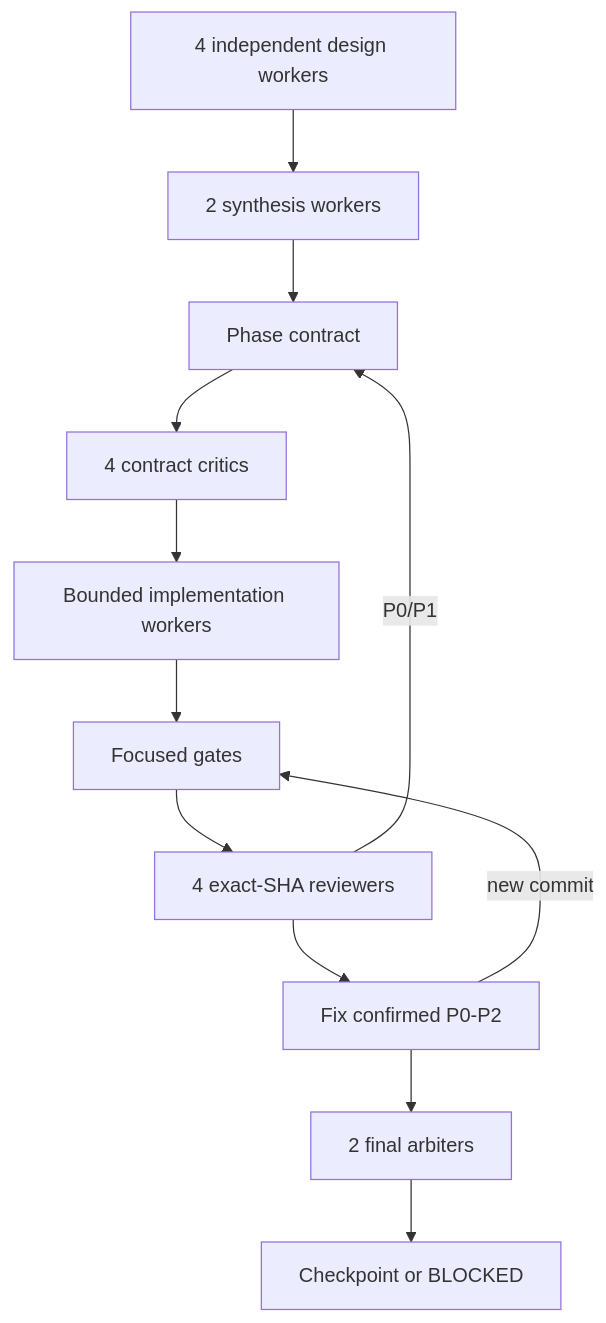
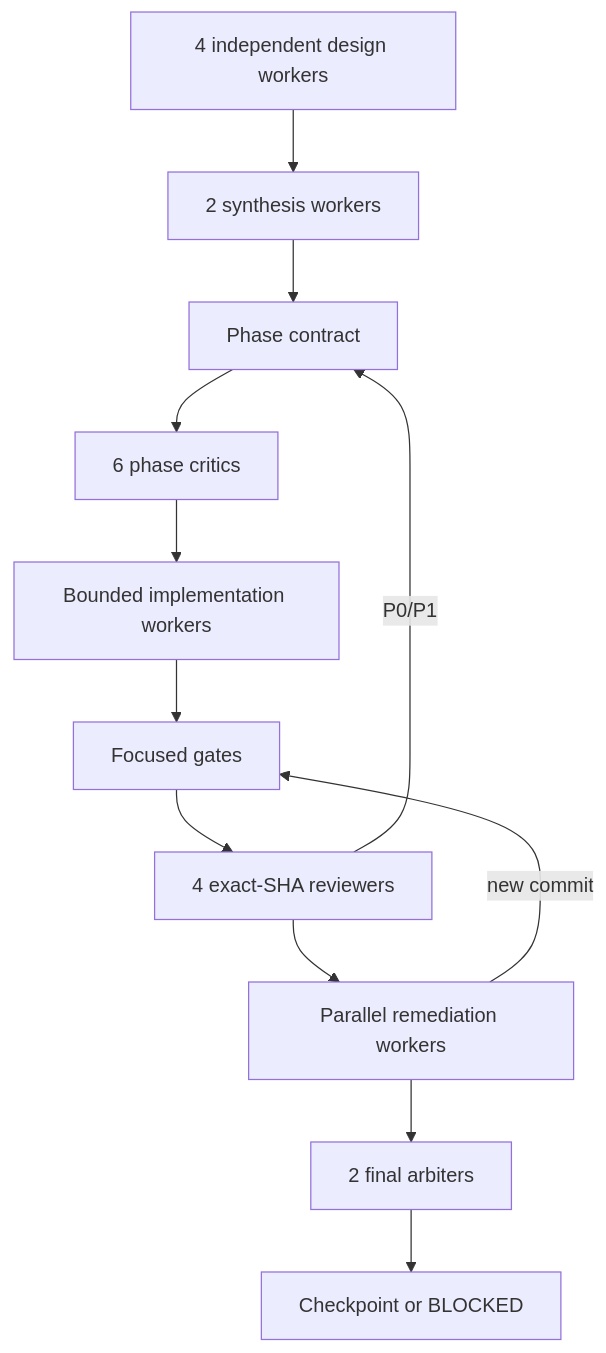
Before and after one commit to agent-teams-ai/get-modular: the second of 2 diagrams in docs/architecture/mvp-implementation-roadmap.md, drawn with Mermaid. The commit also changed other lines of this file, not shown here.

Commit message:
docs(architecture): define phase review fanout

````diff
--- a/docs/architecture/mvp-implementation-roadmap.md
+++ b/docs/architecture/mvp-implementation-roadmap.md
@@ -70,14 +70,14 @@
 ```mermaid
 flowchart TB
     D["4 independent design workers"] --> S["2 synthesis workers"]
     S --> C["Phase contract"]
-    C --> R["4 contract critics"]
+    C --> R["6 phase critics"]
     R --> I["Bounded implementation workers"]
     I --> G["Focused gates"]
     G --> X["4 exact-SHA reviewers"]
-    X --> F["Fix confirmed P0-P2"]
+    X --> F["Parallel remediation workers"]
     F --> A["2 final arbiters"]
     A --> CP["Checkpoint or BLOCKED"]
     F -->|new commit| G
     X -->|P0/P1| C
 ```
````
